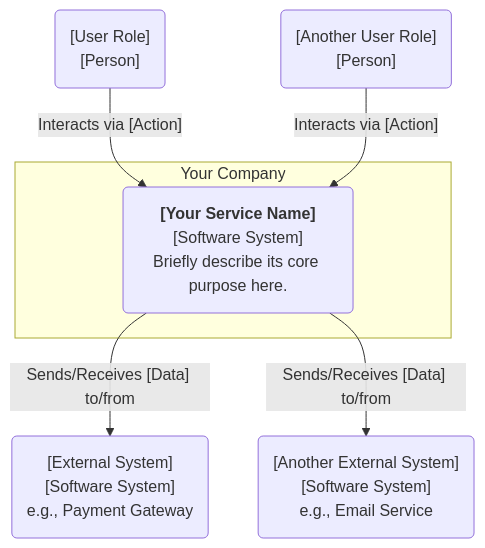
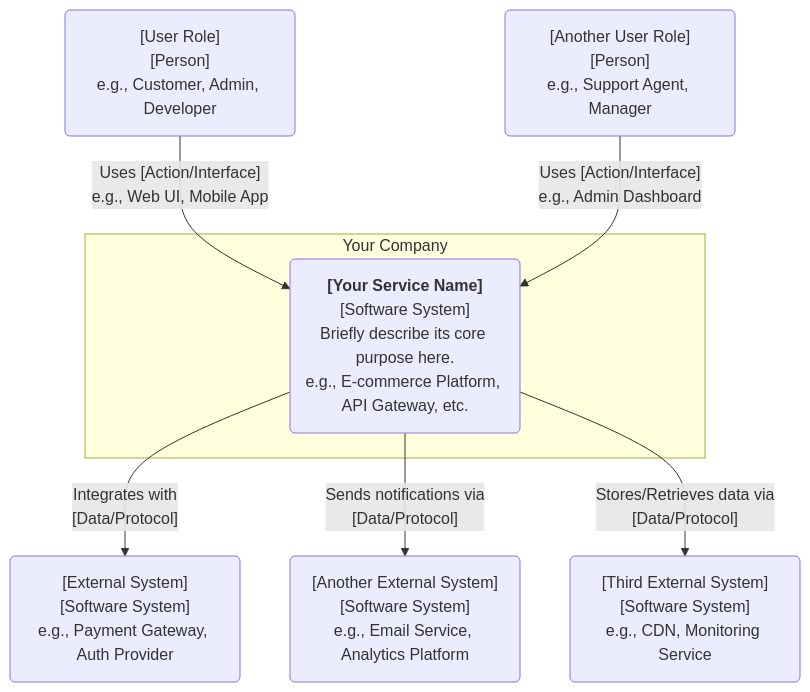
One commit to codesandtags/architecture-as-code-templates changed the diagram in templates/c1_context.mermaid. Above: the diagram before and after it, drawn with Mermaid. The commit also changed 13 other files, not shown here.

```diff
--- a/templates/c1_context.mermaid
+++ b/templates/c1_context.mermaid
@@ -1,23 +1,21 @@
-%% C4 Model - Level 1: System Context
-%% Purpose: Shows the system's relationship with users and other systems.
-%% Instructions: Replace placeholders like [User Role] and [External System].
-
 graph TD
-    %% Define Users (Actors)
-    user1("[User Role]<br>[Person]")
-    user2("[Another User Role]<br>[Person]")
+    %% Define Users (Actors) - People who use the system
+    user1("[User Role]<br>[Person]<br>e.g., Customer, Admin, Developer")
+    user2("[Another User Role]<br>[Person]<br>e.g., Support Agent, Manager")
 
     %% Define your system within a boundary
-    subgraph Your Company
-        yourSystem("<strong>[Your Service Name]</strong><br>[Software System]<br>Briefly describe its core purpose here.")
+    subgraph "Your Company"
+        yourSystem("<strong>[Your Service Name]</strong><br>[Software System]<br>Briefly describe its core purpose here.<br>e.g., E-commerce Platform, API Gateway, etc.")
     end
 
     %% Define External Systems it interacts with
-    extSystem1("[External System]<br>[Software System]<br>e.g., Payment Gateway")
-    extSystem2("[Another External System]<br>[Software System]<br>e.g., Email Service")
+    extSystem1("[External System]<br>[Software System]<br>e.g., Payment Gateway, Auth Provider")
+    extSystem2("[Another External System]<br>[Software System]<br>e.g., Email Service, Analytics Platform")
+    extSystem3("[Third External System]<br>[Software System]<br>e.g., CDN, Monitoring Service")
 
     %% Define the relationships and data flow
-    user1 -- "Interacts via [Action]" --> yourSystem
-    user2 -- "Interacts via [Action]" --> yourSystem
-    yourSystem -- "Sends/Receives [Data] to/from" --> extSystem1
-    yourSystem -- "Sends/Receives [Data] to/from" --> extSystem2
+    user1 -- "Uses [Action/Interface]<br>e.g., Web UI, Mobile App" --> yourSystem
+    user2 -- "Uses [Action/Interface]<br>e.g., Admin Dashboard" --> yourSystem
+    yourSystem -- "Integrates with<br>[Data/Protocol]" --> extSystem1
+    yourSystem -- "Sends notifications via<br>[Data/Protocol]" --> extSystem2
+    yourSystem -- "Stores/Retrieves data via<br>[Data/Protocol]" --> extSystem3
```
